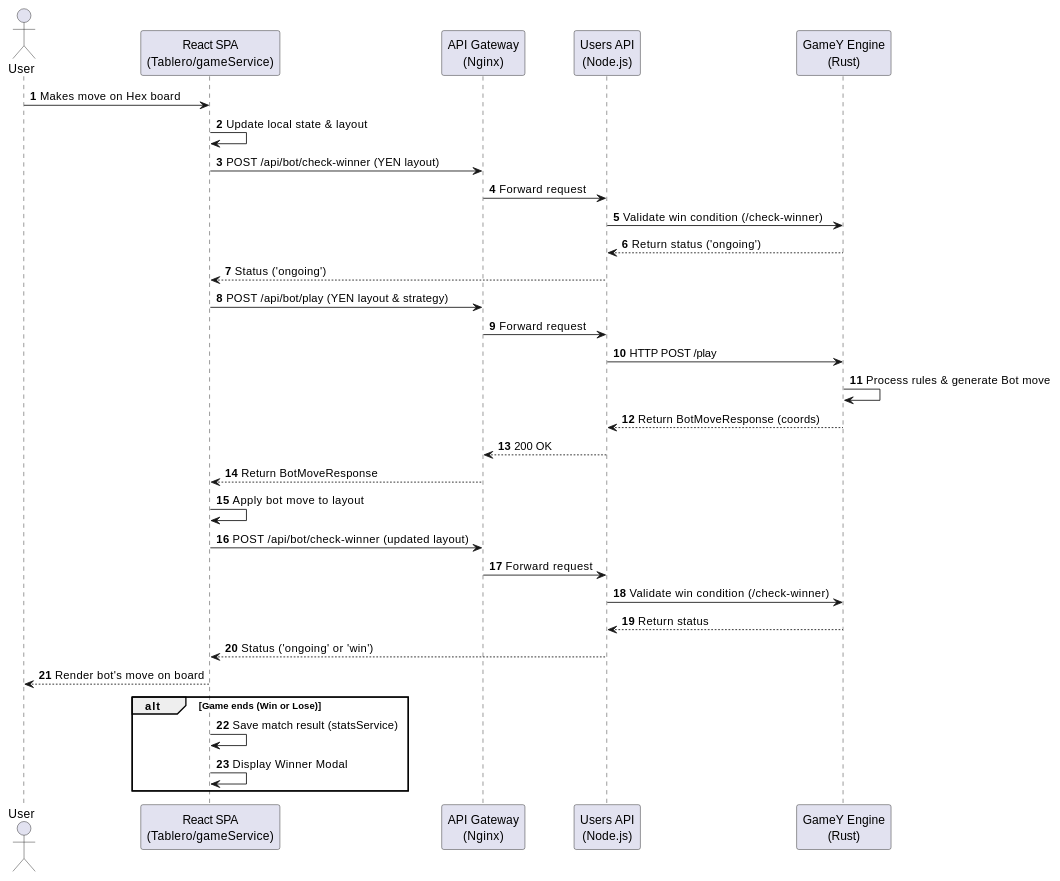
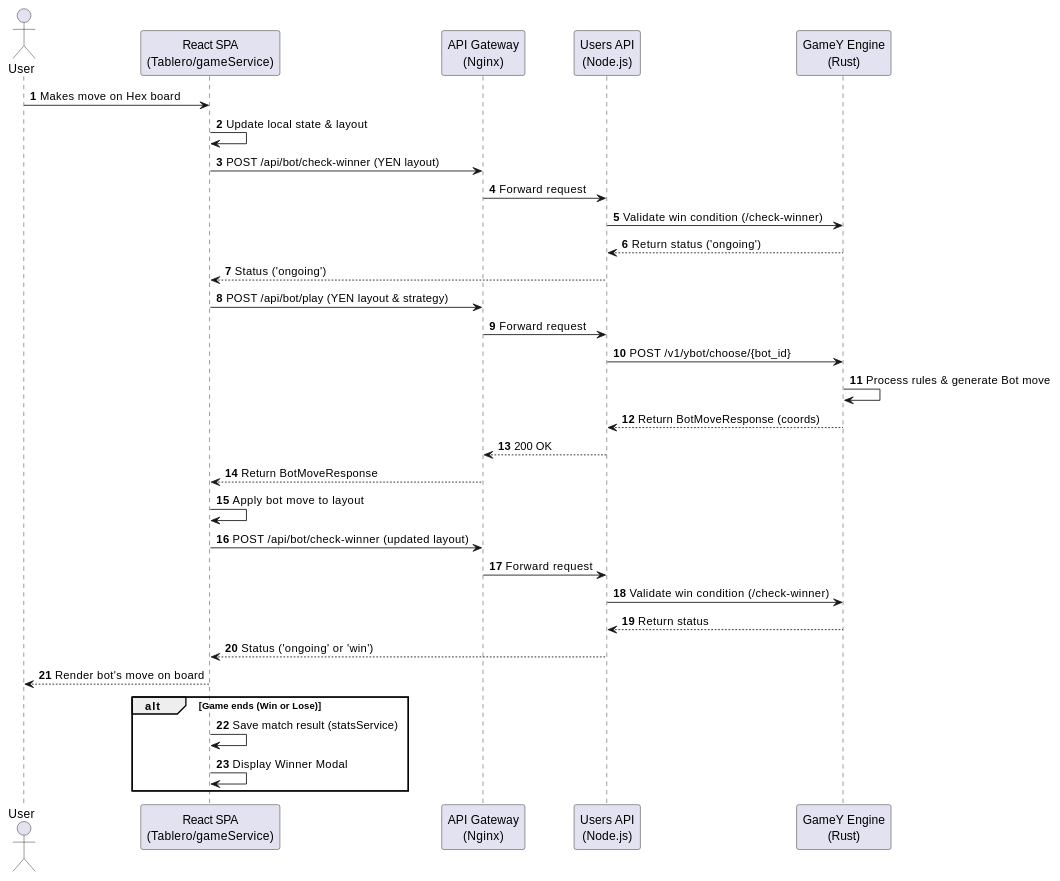
The second of 5 diagrams in docs/src/06_runtime_view.adoc (Arquisoft/yovi_es1a), drawn with PlantUML before and after one commit. The commit also changed 9 other files, not shown here.

```diff
--- a/docs/src/06_runtime_view.adoc
+++ b/docs/src/06_runtime_view.adoc
@@ -59,42 +59,42 @@
 [plantuml]
 ----
 @startuml
 autonumber
 actor User
 participant "React SPA\n(Tablero/gameService)" as WebApp
 participant "API Gateway\n(Nginx)" as Gateway
 participant "Users API\n(Node.js)" as UsersService
 participant "GameY Engine\n(Rust)" as Gamey
 
 User -> WebApp: Makes move on Hex board
 WebApp -> WebApp: Update local state & layout
 
 WebApp -> Gateway: POST /api/bot/check-winner (YEN layout)
 Gateway -> UsersService: Forward request
 UsersService -> Gamey: Validate win condition (/check-winner)
 Gamey --> UsersService: Return status ('ongoing')
 UsersService --> WebApp: Status ('ongoing')
 
 WebApp -> Gateway: POST /api/bot/play (YEN layout & strategy)
 Gateway -> UsersService: Forward request
-UsersService -> Gamey: HTTP POST /play
+UsersService -> Gamey: POST /v1/ybot/choose/{bot_id}
 Gamey -> Gamey: Process rules & generate Bot move
 Gamey --> UsersService: Return BotMoveResponse (coords)
 UsersService --> Gateway: 200 OK
 Gateway --> WebApp: Return BotMoveResponse
 WebApp -> WebApp: Apply bot move to layout
 
 WebApp -> Gateway: POST /api/bot/check-winner (updated layout)
 Gateway -> UsersService: Forward request
 UsersService -> Gamey: Validate win condition (/check-winner)
 Gamey --> UsersService: Return status
 UsersService --> WebApp: Status ('ongoing' or 'win')
 
 WebApp --> User: Render bot's move on board
 
 alt Game ends (Win or Lose)
     WebApp -> WebApp: Save match result (statsService)
     WebApp -> WebApp: Display Winner Modal
 end
 @enduml
 ----
```
